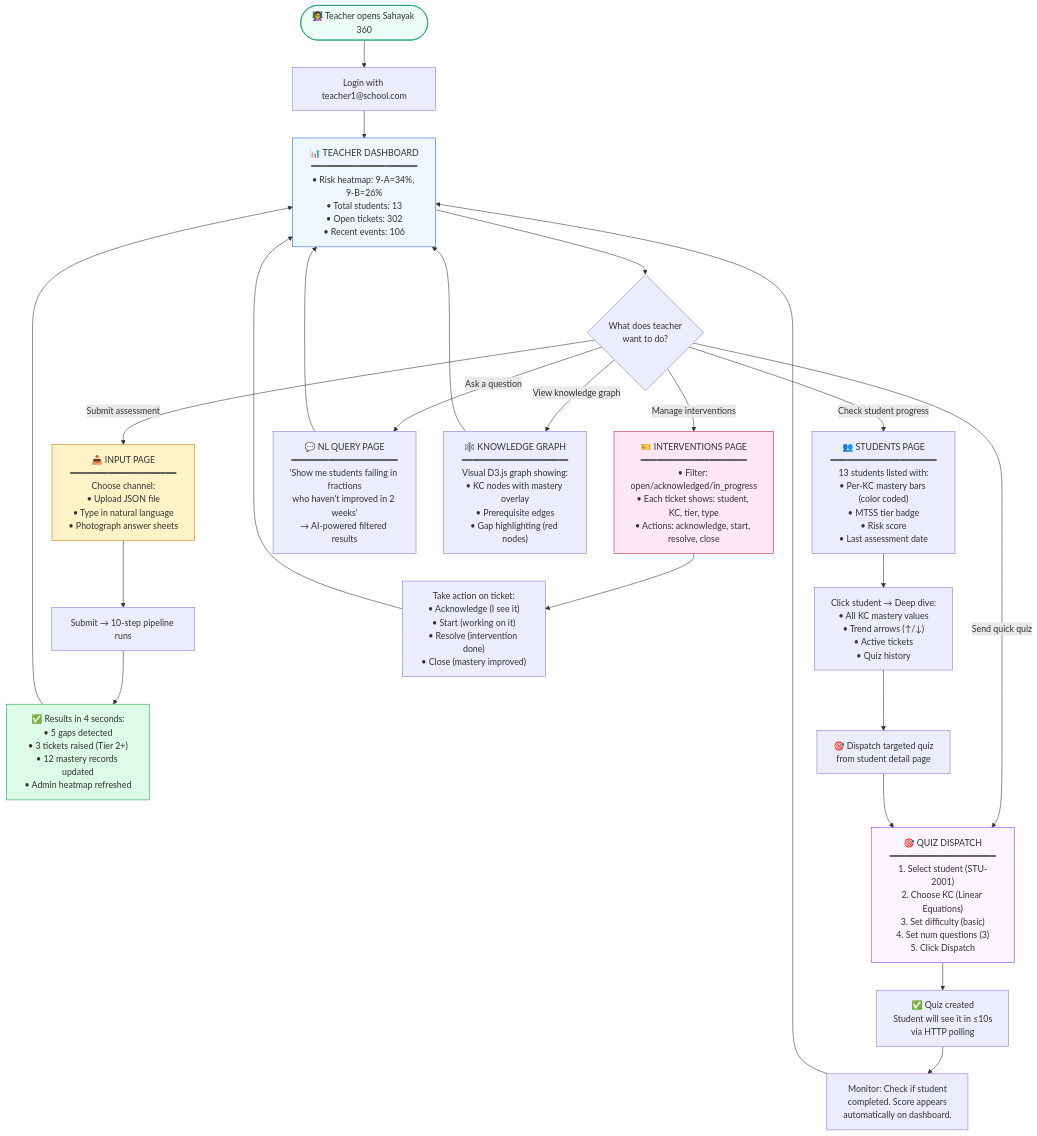
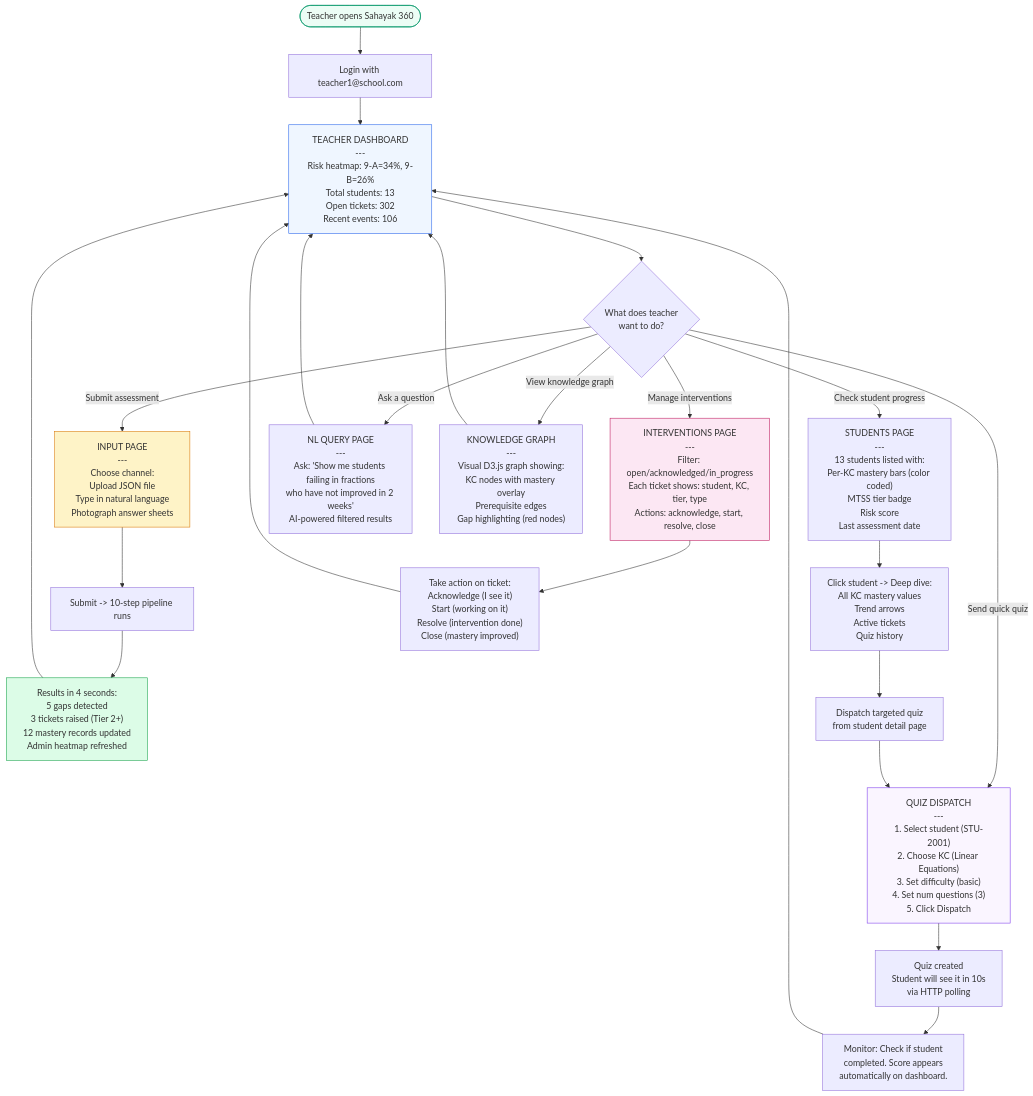
One commit to SanjayS-007/sahayak360-mvp changed the fifth of 12 diagrams in README.md. Above: the diagram before and after it, drawn with Mermaid. The commit also changed other lines of this file, not shown here.

````diff
--- a/README.md
+++ b/README.md
@@ -469,43 +387,43 @@
 ```mermaid
 flowchart TD
-    START(["👩‍🏫 Teacher opens Sahayak 360"]) --> LOGIN
+    START(["Teacher opens Sahayak 360"]) --> LOGIN
 
     LOGIN["Login with teacher1@school.com"] --> DASH
 
-    DASH["📊 TEACHER DASHBOARD<br/>━━━━━━━━━━━━━━━━━━━━<br/>• Risk heatmap: 9-A=34%, 9-B=26%<br/>• Total students: 13<br/>• Open tickets: 302<br/>• Recent events: 106"] --> CHOICE
+    DASH["TEACHER DASHBOARD<br/>---<br/>Risk heatmap: 9-A=34%, 9-B=26%<br/>Total students: 13<br/>Open tickets: 302<br/>Recent events: 106"] --> CHOICE
 
     CHOICE{"What does teacher<br/>want to do?"}
 
     CHOICE -->|"Submit assessment"| INPUT
     CHOICE -->|"Check student progress"| STUDENTS
     CHOICE -->|"Send quick quiz"| QUIZ
     CHOICE -->|"Manage interventions"| TICKETS
     CHOICE -->|"Ask a question"| NL_QUERY
     CHOICE -->|"View knowledge graph"| KG
 
-    INPUT["📥 INPUT PAGE<br/>━━━━━━━━━━━━━━━━━━━━<br/>Choose channel:<br/>• Upload JSON file<br/>• Type in natural language<br/>• Photograph answer sheets"] --> SUBMIT_INPUT
-    SUBMIT_INPUT["Submit → 10-step pipeline runs"] --> RESULT_INPUT
-    RESULT_INPUT["✅ Results in 4 seconds:<br/>• 5 gaps detected<br/>• 3 tickets raised (Tier 2+)<br/>• 12 mastery records updated<br/>• Admin heatmap refreshed"] --> DASH
+    INPUT["INPUT PAGE<br/>---<br/>Choose channel:<br/>Upload JSON file<br/>Type in natural language<br/>Photograph answer sheets"] --> SUBMIT_INPUT
+    SUBMIT_INPUT["Submit -> 10-step pipeline runs"] --> RESULT_INPUT
+    RESULT_INPUT["Results in 4 seconds:<br/>5 gaps detected<br/>3 tickets raised (Tier 2+)<br/>12 mastery records updated<br/>Admin heatmap refreshed"] --> DASH
 
-    STUDENTS["👥 STUDENTS PAGE<br/>━━━━━━━━━━━━━━━━━━━━<br/>13 students listed with:<br/>• Per-KC mastery bars (color coded)<br/>• MTSS tier badge<br/>• Risk score<br/>• Last assessment date"] --> STUDENT_DETAIL
-    STUDENT_DETAIL["Click student → Deep dive:<br/>• All KC mastery values<br/>• Trend arrows (↑/↓)<br/>• Active tickets<br/>• Quiz history"] --> DISPATCH_FROM_DETAIL
-    DISPATCH_FROM_DETAIL["🎯 Dispatch targeted quiz<br/>from student detail page"] --> QUIZ
+    STUDENTS["STUDENTS PAGE<br/>---<br/>13 students listed with:<br/>Per-KC mastery bars (color coded)<br/>MTSS tier badge<br/>Risk score<br/>Last assessment date"] --> STUDENT_DETAIL
+    STUDENT_DETAIL["Click student -> Deep dive:<br/>All KC mastery values<br/>Trend arrows<br/>Active tickets<br/>Quiz history"] --> DISPATCH_FROM_DETAIL
+    DISPATCH_FROM_DETAIL["Dispatch targeted quiz<br/>from student detail page"] --> QUIZ
 
-    QUIZ["🎯 QUIZ DISPATCH<br/>━━━━━━━━━━━━━━━━━━━━<br/>1. Select student (STU-2001)<br/>2. Choose KC (Linear Equations)<br/>3. Set difficulty (basic)<br/>4. Set num questions (3)<br/>5. Click Dispatch"] --> QUIZ_SENT
-    QUIZ_SENT["✅ Quiz created<br/>Student will see it in ≤10s<br/>via HTTP polling"] --> QUIZ_MONITOR
+    QUIZ["QUIZ DISPATCH<br/>---<br/>1. Select student (STU-2001)<br/>2. Choose KC (Linear Equations)<br/>3. Set difficulty (basic)<br/>4. Set num questions (3)<br/>5. Click Dispatch"] --> QUIZ_SENT
+    QUIZ_SENT["Quiz created<br/>Student will see it in 10s<br/>via HTTP polling"] --> QUIZ_MONITOR
     QUIZ_MONITOR["Monitor: Check if student<br/>completed. Score appears<br/>automatically on dashboard."] --> DASH
 
-    TICKETS["🎫 INTERVENTIONS PAGE<br/>━━━━━━━━━━━━━━━━━━━━<br/>• Filter: open/acknowledged/in_progress<br/>• Each ticket shows: student, KC, tier, type<br/>• Actions: acknowledge, start, resolve, close"] --> TICKET_ACTION
-    TICKET_ACTION["Take action on ticket:<br/>• Acknowledge (I see it)<br/>• Start (working on it)<br/>• Resolve (intervention done)<br/>• Close (mastery improved)"] --> DASH
+    TICKETS["INTERVENTIONS PAGE<br/>---<br/>Filter: open/acknowledged/in_progress<br/>Each ticket shows: student, KC, tier, type<br/>Actions: acknowledge, start, resolve, close"] --> TICKET_ACTION
+    TICKET_ACTION["Take action on ticket:<br/>Acknowledge (I see it)<br/>Start (working on it)<br/>Resolve (intervention done)<br/>Close (mastery improved)"] --> DASH
 
-    NL_QUERY["💬 NL QUERY PAGE<br/>━━━━━━━━━━━━━━━━━━━━<br/>'Show me students failing in fractions<br/>who haven't improved in 2 weeks'<br/>→ AI-powered filtered results"] --> DASH
+    NL_QUERY["NL QUERY PAGE<br/>---<br/>Ask: 'Show me students failing in fractions<br/>who have not improved in 2 weeks'<br/>AI-powered filtered results"] --> DASH
 
-    KG["🕸️ KNOWLEDGE GRAPH<br/>━━━━━━━━━━━━━━━━━━━━<br/>Visual D3.js graph showing:<br/>• KC nodes with mastery overlay<br/>• Prerequisite edges<br/>• Gap highlighting (red nodes)"] --> DASH
+    KG["KNOWLEDGE GRAPH<br/>---<br/>Visual D3.js graph showing:<br/>KC nodes with mastery overlay<br/>Prerequisite edges<br/>Gap highlighting (red nodes)"] --> DASH
 
     style START fill:#ecfdf5,stroke:#059669
     style DASH fill:#eff6ff,stroke:#2563eb
     style INPUT fill:#fef3c7,stroke:#d97706
     style QUIZ fill:#faf5ff,stroke:#7c3aed
     style TICKETS fill:#fce7f3,stroke:#be185d
     style RESULT_INPUT fill:#dcfce7,stroke:#16a34a
 ```
````
